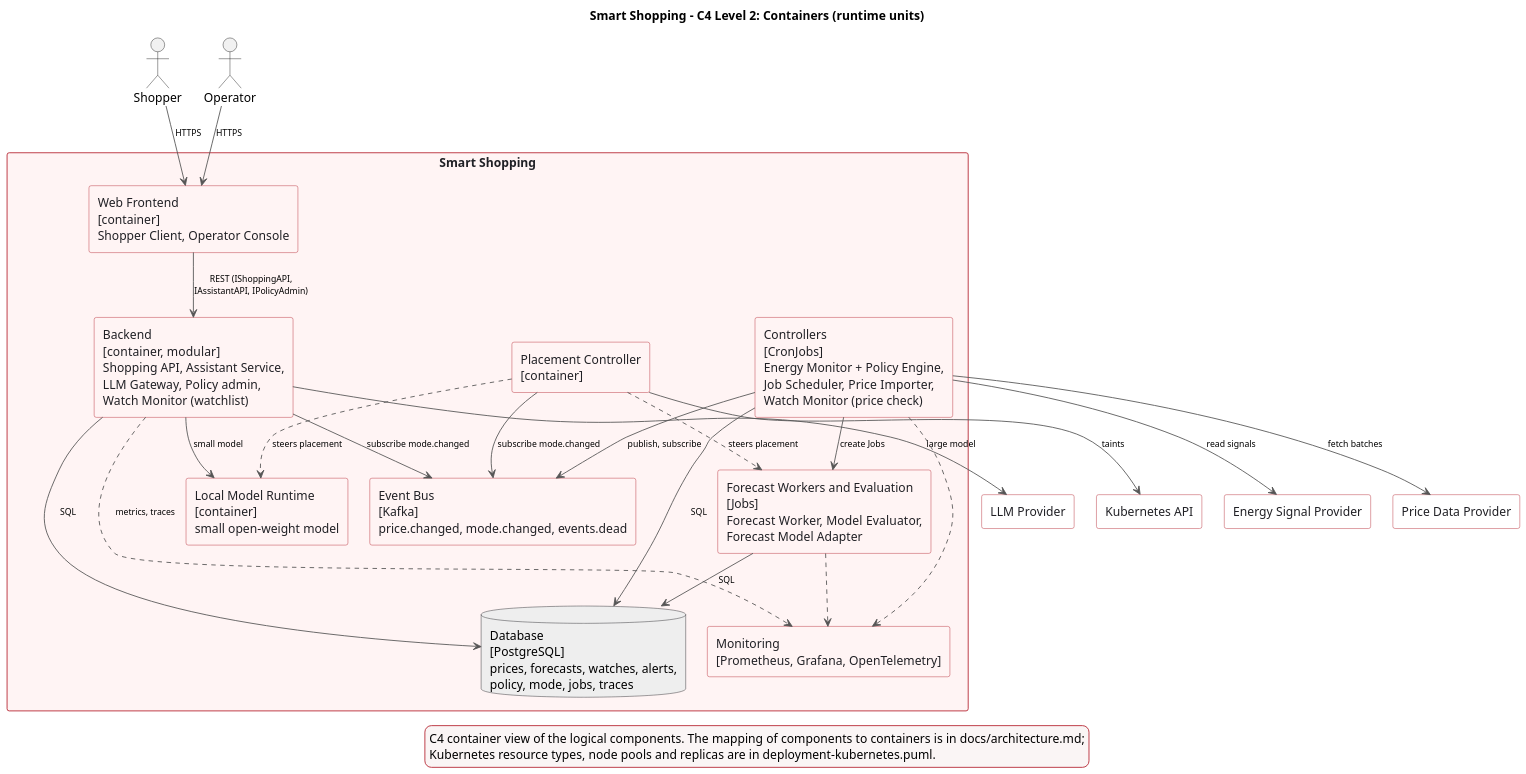
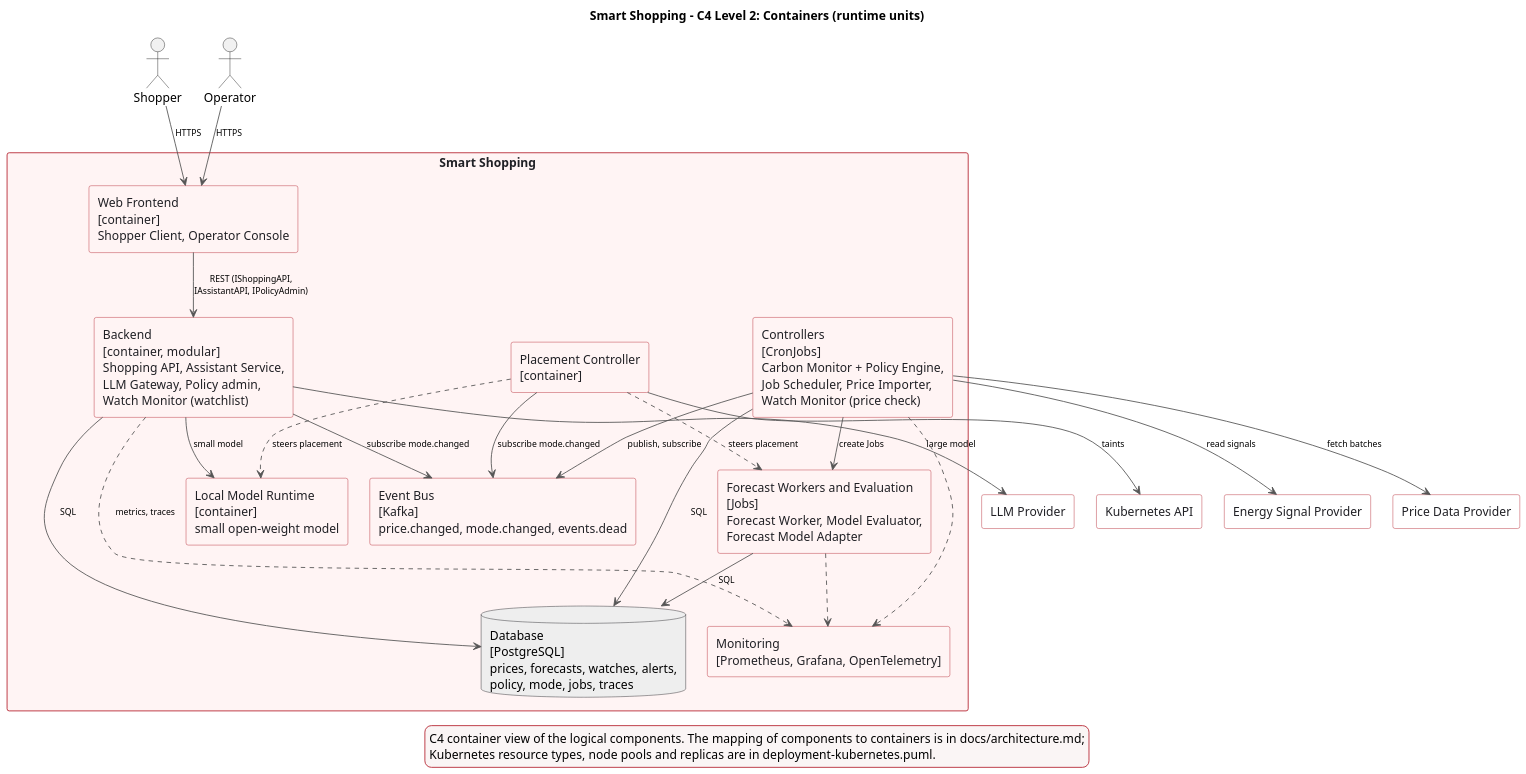
One commit to anchelesr/AACC-Smart-Shopping changed the diagram in docs/diagrams/c4-container.puml. Above: the diagram before and after it, drawn with PlantUML. The commit also changed 143 other files, not shown here.

```diff
--- a/docs/diagrams/c4-container.puml
+++ b/docs/diagrams/c4-container.puml
@@ -1,68 +1,68 @@
 @startuml
 title Smart Shopping - C4 Level 2: Containers (runtime units)
 skinparam shadowing false
 skinparam backgroundColor white
 skinparam dpi 130
 skinparam nodesep 25
 skinparam ranksep 45
 skinparam ArrowColor #555555
 skinparam ArrowFontSize 10
 skinparam rectangle {
   BorderColor #B52330
   BackgroundColor #FFF4F4
   FontColor #202025
 }
 skinparam database {
   BorderColor #202025
   BackgroundColor #EEEEEE
 }
 skinparam LegendBackgroundColor #FAF5F5
 skinparam LegendBorderColor #B52330
 top to bottom direction
 
 actor Shopper
 actor Operator
 
 rectangle "Smart Shopping" {
   rectangle "Web Frontend\n[container]\nShopper Client, Operator Console" as FE
   rectangle "Backend\n[container, modular]\nShopping API, Assistant Service,\nLLM Gateway, Policy admin,\nWatch Monitor (watchlist)" as BE
-  rectangle "Controllers\n[CronJobs]\nEnergy Monitor + Policy Engine,\nJob Scheduler, Price Importer,\nWatch Monitor (price check)" as CTL
+  rectangle "Controllers\n[CronJobs]\nCarbon Monitor + Policy Engine,\nJob Scheduler, Price Importer,\nWatch Monitor (price check)" as CTL
   rectangle "Placement Controller\n[container]" as PC
   rectangle "Forecast Workers and Evaluation\n[Jobs]\nForecast Worker, Model Evaluator,\nForecast Model Adapter" as WK
   rectangle "Local Model Runtime\n[container]\nsmall open-weight model" as LM
   rectangle "Event Bus\n[Kafka]\nprice.changed, mode.changed, events.dead" as EB
   database "Database\n[PostgreSQL]\nprices, forecasts, watches, alerts,\npolicy, mode, jobs, traces" as DB
   rectangle "Monitoring\n[Prometheus, Grafana, OpenTelemetry]" as MON
 }
 
 rectangle "Price Data Provider" as SRC #FFFFFF
 rectangle "Energy Signal Provider" as ESP #FFFFFF
 rectangle "LLM Provider" as LLM #FFFFFF
 rectangle "Kubernetes API" as K8S #FFFFFF
 
 Shopper --> FE : HTTPS
 Operator --> FE : HTTPS
 FE --> BE : REST (IShoppingAPI,\nIAssistantAPI, IPolicyAdmin)
 BE --> DB : SQL
 BE --> LM : small model
 BE --> LLM : large model
 BE --> EB : subscribe mode.changed
 CTL --> DB : SQL
 CTL --> SRC : fetch batches
 CTL --> ESP : read signals
 CTL --> EB : publish, subscribe
 CTL --> WK : create Jobs
 WK --> DB : SQL
 PC --> EB : subscribe mode.changed
 PC --> K8S : taints
 PC ..> WK : steers placement
 PC ..> LM : steers placement
 BE ..> MON : metrics, traces
 CTL ..> MON
 WK ..> MON
 
 legend bottom
   C4 container view of the logical components. The mapping of components to containers is in docs/architecture.md;
   Kubernetes resource types, node pools and replicas are in deployment-kubernetes.puml.
 endlegend
 @enduml
```
